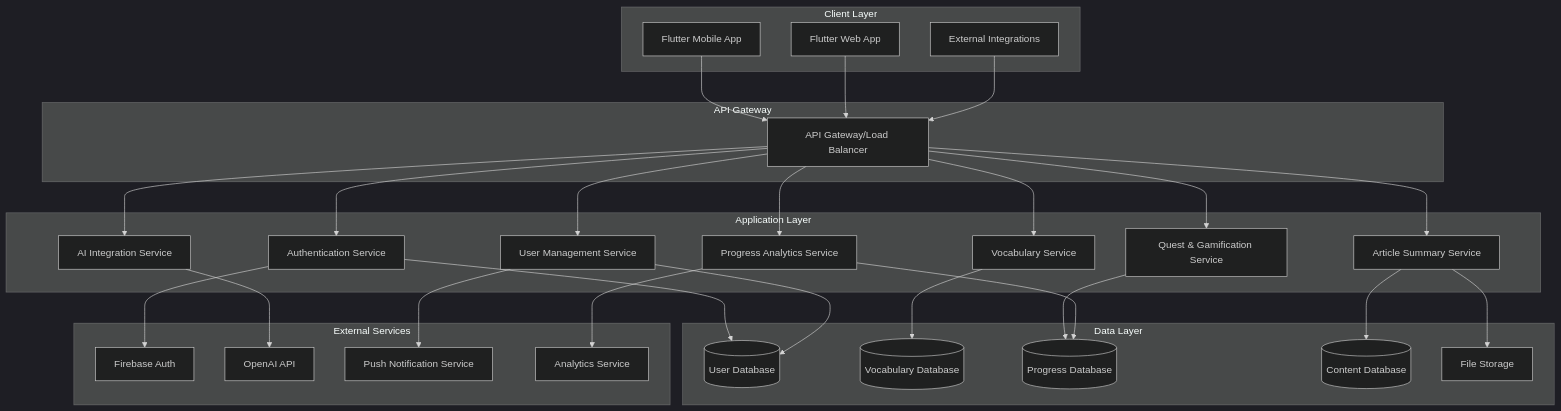
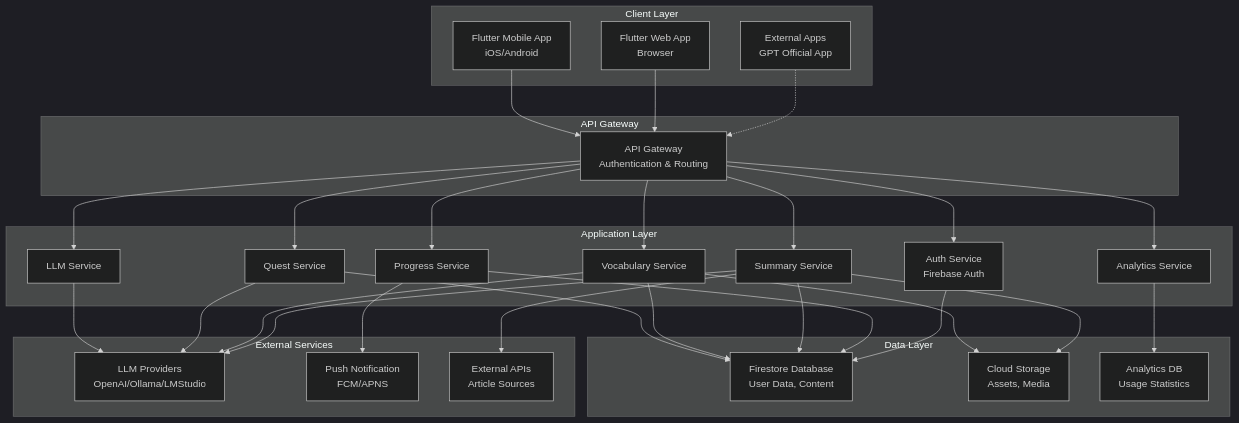
One commit to sora-kisaragi/TechLingualQuest changed the second of 15 diagrams in design/HLD.md. Above: the diagram before and after it, drawn with Mermaid (dark theme). The commit also changed other lines of this file and 3 other files, not shown here.

````diff
--- a/design/HLD.md
+++ b/design/HLD.md
@@ -38,61 +89,64 @@
 ```mermaid
 graph TB
     subgraph "Client Layer"
-        A[Flutter Mobile App]
-        B[Flutter Web App]
-        C[External Integrations]
+        A[Flutter Mobile App<br/>iOS/Android]
+        B[Flutter Web App<br/>Browser]
+        C[External Apps<br/>GPT Official App]
     end
     
     subgraph "API Gateway"
-        D[API Gateway/Load Balancer]
+        D[API Gateway<br/>Authentication & Routing]
     end
     
     subgraph "Application Layer"
-        E[Authentication Service]
-        F[User Management Service]
+        E[Auth Service<br/>Firebase Auth]
+        F[Quest Service]
         G[Vocabulary Service]
-        H[Quest & Gamification Service]
-        I[Article Summary Service]
-        J[Progress Analytics Service]
-        K[AI Integration Service]
+        H[Summary Service]
+        I[Progress Service]
+        J[Analytics Service]
+        K[LLM Service]
     end
     
     subgraph "Data Layer"
-        L[(User Database)]
-        M[(Vocabulary Database)]
-        N[(Progress Database)]
-        O[(Content Database)]
-        P[File Storage]
+        L[Firestore Database<br/>User Data, Content]
+        M[Cloud Storage<br/>Assets, Media]
+        N[Analytics DB<br/>Usage Statistics]
     end
     
     subgraph "External Services"
-        Q[Firebase Auth]
-        R[OpenAI API]
-        S[Push Notification Service]
-        T[Analytics Service]
+        O[LLM Providers<br/>OpenAI/Ollama/LMStudio]
+        P[Push Notification<br/>FCM/APNS]
+        Q[External APIs<br/>Article Sources]
     end
     
     A --> D
     B --> D
-    C --> D
+    C -.-> D
+    
     D --> E
     D --> F
     D --> G
     D --> H
     D --> I
     D --> J
     D --> K
     
-    E --> Q
+    F --> L
+    G --> L
+    H --> L
+    I --> L
+    J --> N
+    K --> O
+    
     E --> L
-    F --> L
     G --> M
-    H --> N
-    I --> O
-    J --> N
-    K --> R
+    H --> M
     
-    F --> S
-    J --> T
+    F --> O
+    G --> O
+    H --> O
+    
     I --> P
+    H --> Q
 ```
````
